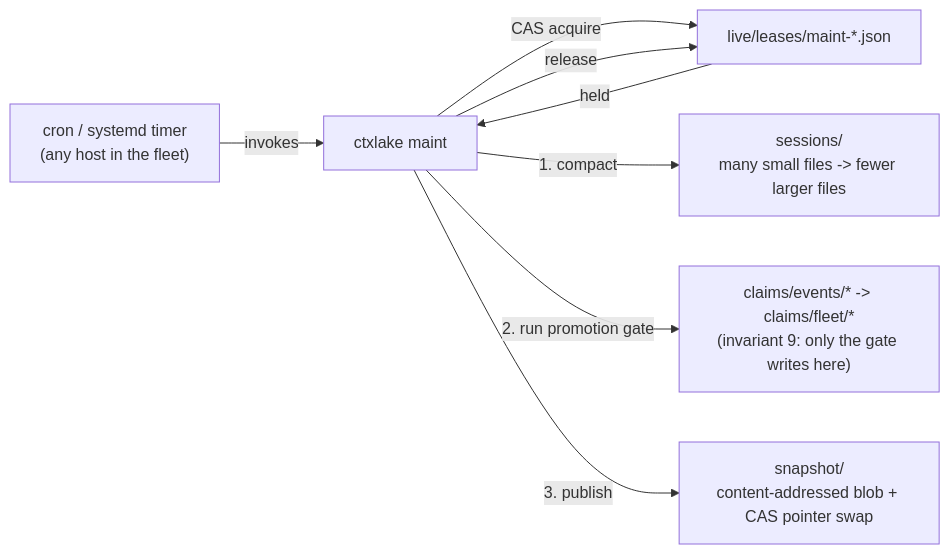
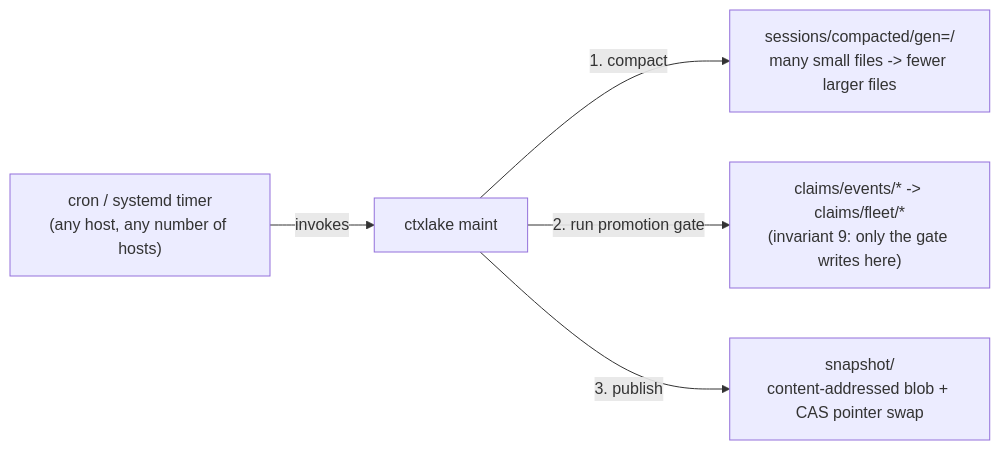
One commit to OxidantData/ctxlake changed the third of 3 diagrams in docs/architecture.md. Above: the diagram before and after it, drawn with Mermaid. The commit also changed other lines of this file and 17 other files, not shown here.

````diff
--- a/docs/architecture.md
+++ b/docs/architecture.md
@@ -98,10 +95,7 @@
 ```mermaid
 flowchart LR
-    Cron["cron / systemd timer\n(any host in the fleet)"] -->|invokes| Maint["ctxlake maint"]
-    Maint -->|"CAS acquire"| Lease["live/leases/maint-*.json"]
-    Lease -->|held| Maint
-    Maint -->|"1. compact"| Sessions["sessions/\nmany small files -> fewer larger files"]
+    Cron["cron / systemd timer\n(any host, any number of hosts)"] -->|invokes| Maint["ctxlake maint"]
+    Maint -->|"1. compact"| Sessions["sessions/compacted/gen=<hash>/\nmany small files -> fewer larger files"]
     Maint -->|"2. run promotion gate"| Claims["claims/events/* -> claims/fleet/*\n(invariant 9: only the gate writes here)"]
     Maint -->|"3. publish"| Snapshot["snapshot/\ncontent-addressed blob + CAS pointer swap"]
-    Maint -->|release| Lease
 ```
````
